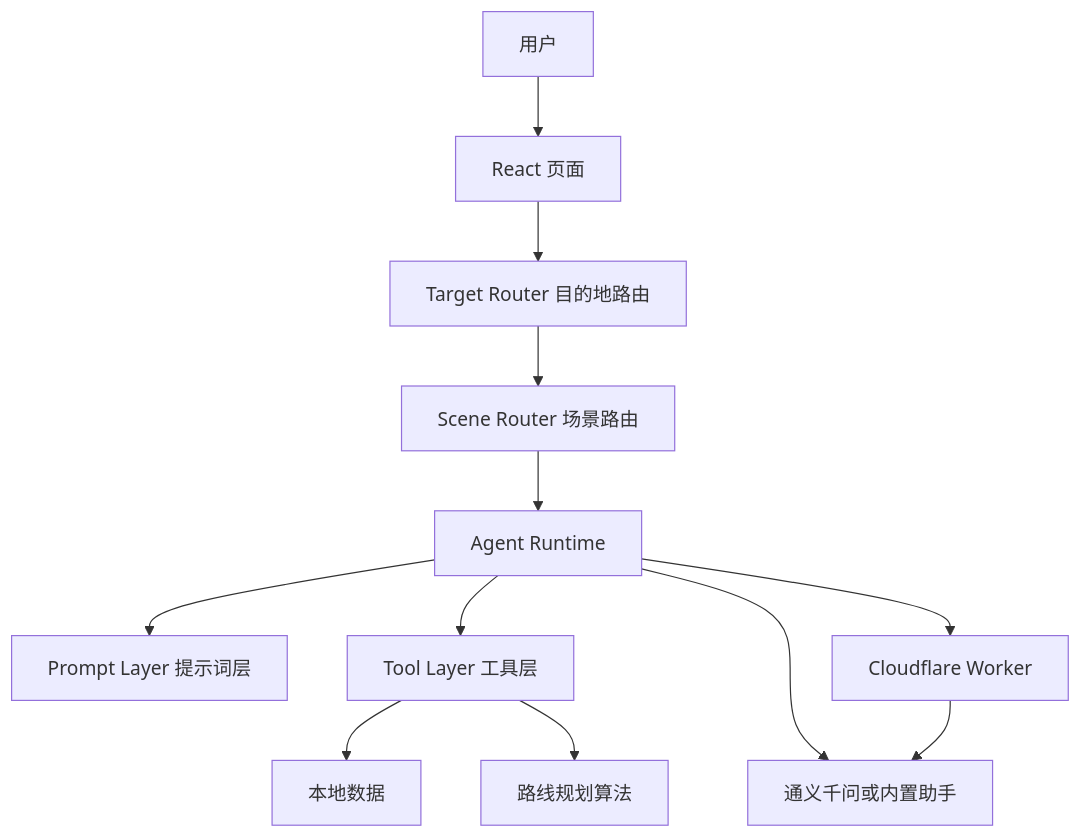
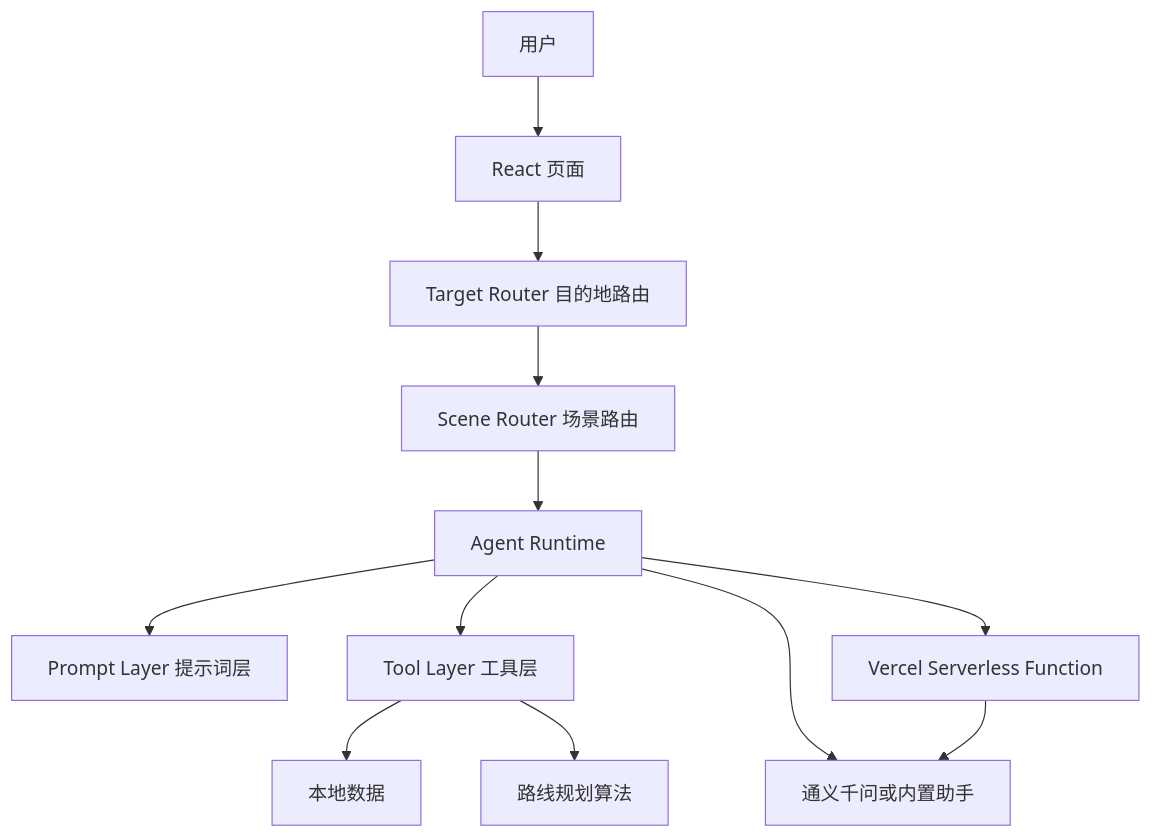
Before and after one commit to huhu-bli/bfu-smart-travel: the diagram in docs/architecture.md, drawn with Mermaid. The commit also changed other lines of this file and 27 other files, not shown here.

````diff
--- a/docs/architecture.md
+++ b/docs/architecture.md
@@ -30,14 +30,14 @@
 ```mermaid
 flowchart TD
     U[用户] --> UI[React 页面]
     UI --> G[Target Router 目的地路由]
     G --> R[Scene Router 场景路由]
     R --> A[Agent Runtime]
     A --> P[Prompt Layer 提示词层]
     A --> T[Tool Layer 工具层]
     A --> M[通义千问或内置助手]
     T --> D[本地数据]
     T --> L[路线规划算法]
-    A --> W[Cloudflare Worker]
+    A --> W[Vercel Serverless Function]
     W --> M
 ```
````
